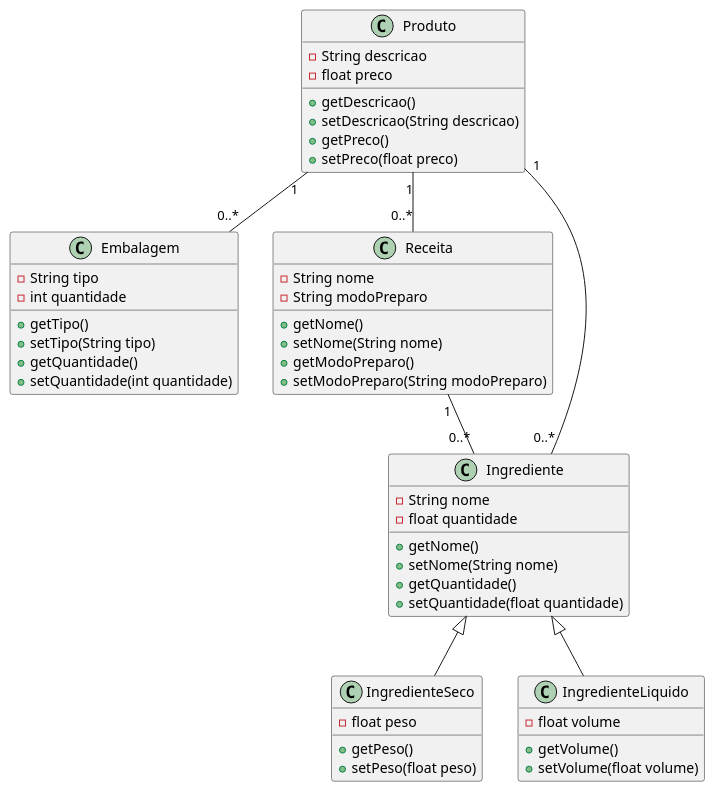
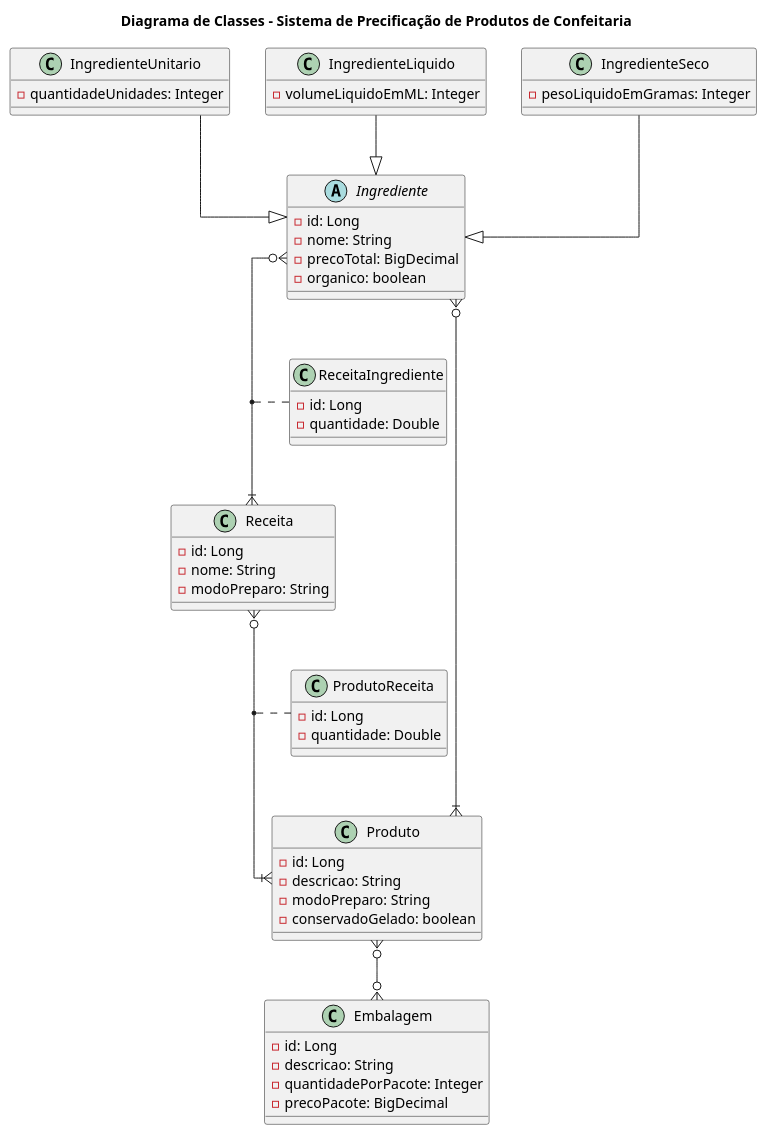
One commit to franklin-sertao/ArquiteturaJava24E42 changed the diagram in README.md. Above: the diagram before and after it, drawn with PlantUML. The commit also changed other lines of this file and 12 other files, not shown here.

````diff
--- a/README.md
+++ b/README.md
@@ -55,54 +66,69 @@
 ```plantuml
+@startuml
+title Diagrama de Classes - Sistema de Precificação de Produtos de Confeitaria
+skinparam linetype ortho
+
 class Produto {
-	- String descricao
-	- float preco
-	+ getDescricao()
-	+ setDescricao(String descricao)
-	+ getPreco()
-	+ setPreco(float preco)
+    - id: Long
+    - descricao: String
+    - modoPreparo: String
+    - conservadoGelado: boolean
 }
 
 class Embalagem {
-	- String tipo
-	- int quantidade
-	+ getTipo()
-	+ setTipo(String tipo)
-	+ getQuantidade()
-	+ setQuantidade(int quantidade)
+    - id: Long
+    - descricao: String
+    - quantidadePorPacote: Integer
+    - precoPacote: BigDecimal
 }
 
 class Receita {
-	- String nome
-	- String modoPreparo
-	+ getNome()
-	+ setNome(String nome)
-	+ getModoPreparo()
-	+ setModoPreparo(String modoPreparo)
+    - id: Long
+    - nome: String
+    - modoPreparo: String
 }
 
-class Ingrediente {
-	- String nome
-	- float quantidade
-	+ getNome()
-	+ setNome(String nome)
-	+ getQuantidade()
-	+ setQuantidade(float quantidade)
+abstract class Ingrediente {
+    - id: Long
+    - nome: String
+    - precoTotal: BigDecimal
+    - organico: boolean
 }
 
-class IngredienteSeco extends Ingrediente {
-	- float peso
-	+ getPeso()
-	+ setPeso(float peso)
+class IngredienteSeco {
+    - pesoLiquidoEmGramas: Integer
 }
 
-class IngredienteLiquido extends Ingrediente {
-	- float volume
-	+ getVolume()
-	+ setVolume(float volume)
+class IngredienteLiquido {
+    - volumeLiquidoEmML: Integer
 }
 
-Produto "1" -- "0..*" Embalagem
-Produto "1" -- "0..*" Receita
-Produto "1" -- "0..*" Ingrediente
-Receita "1" -- "0..*" Ingrediente
+class IngredienteUnitario {
+    - quantidadeUnidades: Integer
+}
+
+class ReceitaIngrediente {
+    - id: Long
+    - quantidade: Double
+}
+
+class ProdutoReceita {
+    - id: Long
+    - quantidade: Double
+}
+
+Ingrediente <|-u- IngredienteSeco
+Ingrediente <|-u- IngredienteLiquido
+Ingrediente <|-u- IngredienteUnitario
+
+Ingrediente }o--|{ Receita
+Ingrediente }o--|{ Produto
+Receita     }o--|{ Produto
+
+(Receita, Ingrediente) . ReceitaIngrediente
+(Produto, Receita) . ProdutoReceita
+
+Produto }o--o{  Embalagem 
+
+@enduml
 ```
````
